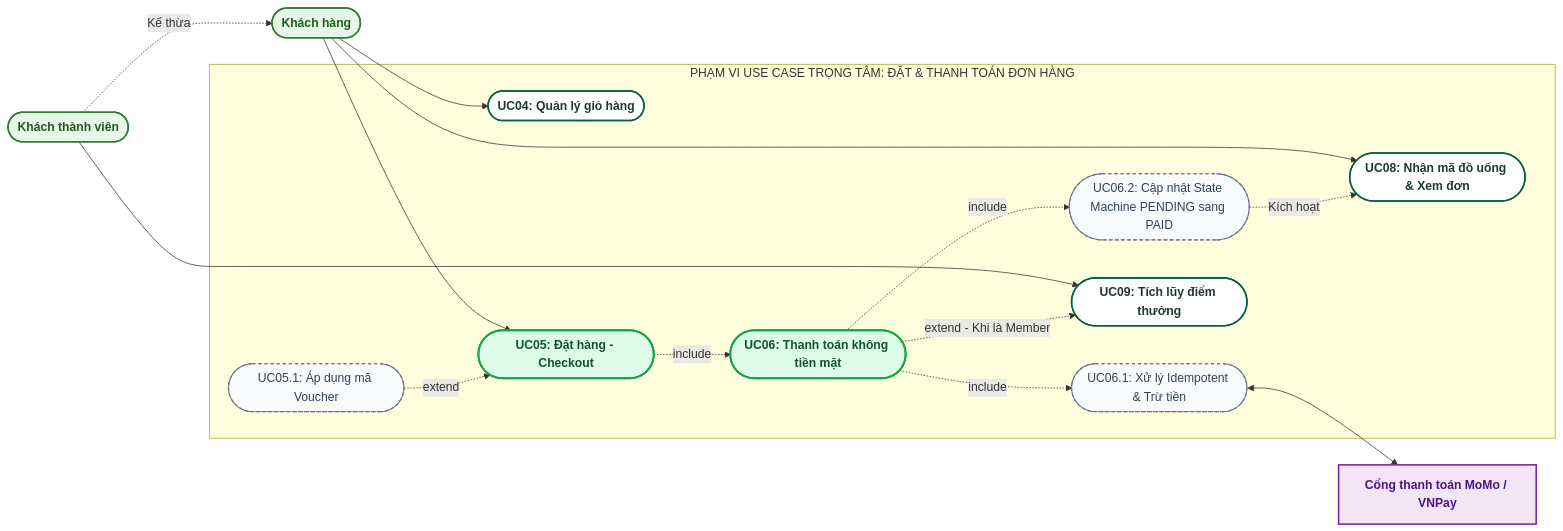
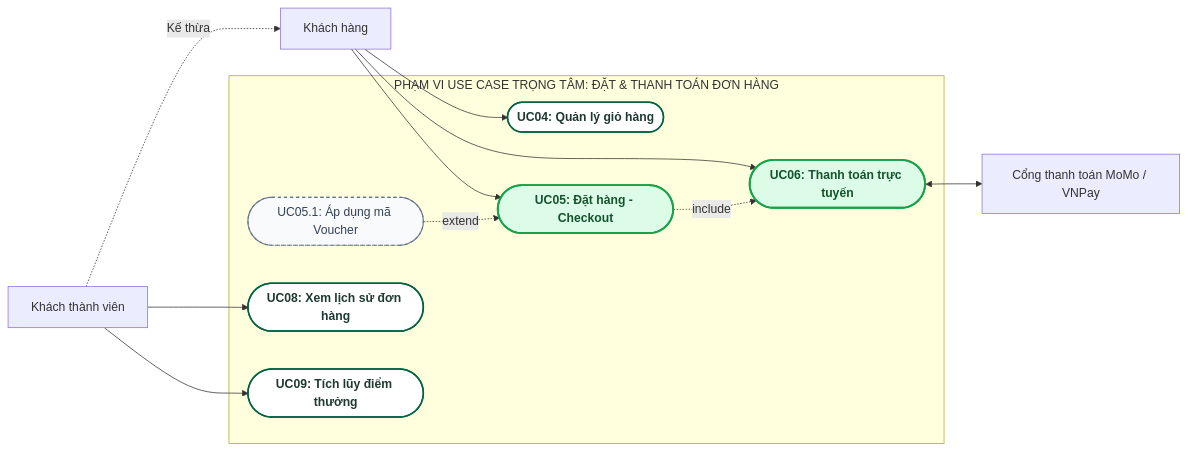
Before and after one commit to nphat-code/swe-project: the diagram in docs/diagrams/use-case/use-case-checkout.mmd, drawn with Mermaid. The commit also changed 1 other file, not shown here.

Commit message:
fix(docs): align usecase names in checkout diagram with system usecase diagram

```diff
--- a/docs/diagrams/use-case/use-case-checkout.mmd
+++ b/docs/diagrams/use-case/use-case-checkout.mmd
@@ -1,37 +1,33 @@
 flowchart LR
-    Customer([Khách hàng]):::actorStyle
-    Member([Khách thành viên]):::actorStyle
-    PaymentGW[Cổng thanh toán MoMo / VNPay]:::systemActorStyle
+    Customer[Khách hàng]
+    Member[Khách thành viên]
+    PaymentGW[Cổng thanh toán MoMo / VNPay]
 
     Member -.->|Kế thừa| Customer
 
     subgraph CoreBoundary [PHẠM VI USE CASE TRỌNG TÂM: ĐẶT & THANH TOÁN ĐƠN HÀNG]
-        UC_Cart([UC04: Quản lý giỏ hàng]):::ucStyle
-        UC_Checkout([UC05: Đặt hàng - Checkout]):::coreStyle
-        UC_Voucher([UC05.1: Áp dụng mã Voucher]):::subUcStyle
-        UC_Payment([UC06: Thanh toán không tiền mặt]):::coreStyle
-        UC_Idempotent([UC06.1: Xử lý Idempotent & Trừ tiền]):::subUcStyle
-        UC_State([UC06.2: Cập nhật State Machine PENDING sang PAID]):::subUcStyle
-        UC_Receipt([UC08: Nhận mã đồ uống & Xem đơn]):::ucStyle
-        UC_Loyalty([UC09: Tích lũy điểm thưởng]):::ucStyle
+        UC04([UC04: Quản lý giỏ hàng]):::ucStyle
+        UC05([UC05: Đặt hàng - Checkout]):::coreStyle
+        UC05_1([UC05.1: Áp dụng mã Voucher]):::subUcStyle
+        UC06([UC06: Thanh toán trực tuyến]):::coreStyle
+        UC08([UC08: Xem lịch sử đơn hàng]):::ucStyle
+        UC09([UC09: Tích lũy điểm thưởng]):::ucStyle
     end
 
-    Customer --> UC_Cart
-    Customer --> UC_Checkout
-    Customer --> UC_Receipt
-    Member --> UC_Loyalty
+    Customer --> UC04
+    Customer --> UC05
+    Customer --> UC06
 
-    UC_Checkout -.->|include| UC_Payment
-    UC_Voucher -.->|extend| UC_Checkout
-    UC_Payment -.->|include| UC_Idempotent
-    UC_Payment -.->|include| UC_State
-    UC_Payment -.->|extend - Khi là Member| UC_Loyalty
-    UC_State -.->|Kích hoạt| UC_Receipt
+    Member --> UC08
+    Member --> UC09
 
-    UC_Idempotent <--> PaymentGW
+    UC05 -.->|include| UC06
+    UC05_1 -.->|extend| UC05
+
+    UC06 <--> PaymentGW
 
     classDef actorStyle fill:#e8f5e9,stroke:#2e7d32,stroke-width:2px,color:#1b5e20,font-weight:bold
     classDef systemActorStyle fill:#f3e5f5,stroke:#7b1fa2,stroke-width:2px,color:#4a148c,font-weight:bold
     classDef coreStyle fill:#dcfce7,stroke:#16a34a,stroke-width:2.5px,color:#14532d,font-weight:bold
     classDef ucStyle fill:#ffffff,stroke:#006241,stroke-width:2px,color:#1e3932,font-weight:bold
     classDef subUcStyle fill:#f8fafc,stroke:#64748b,stroke-width:1.5px,stroke-dasharray: 4 4,color:#334155
```
